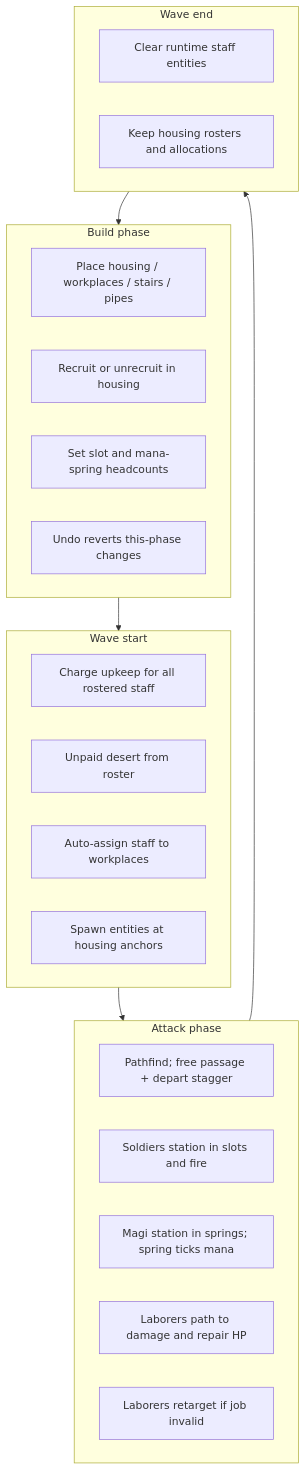
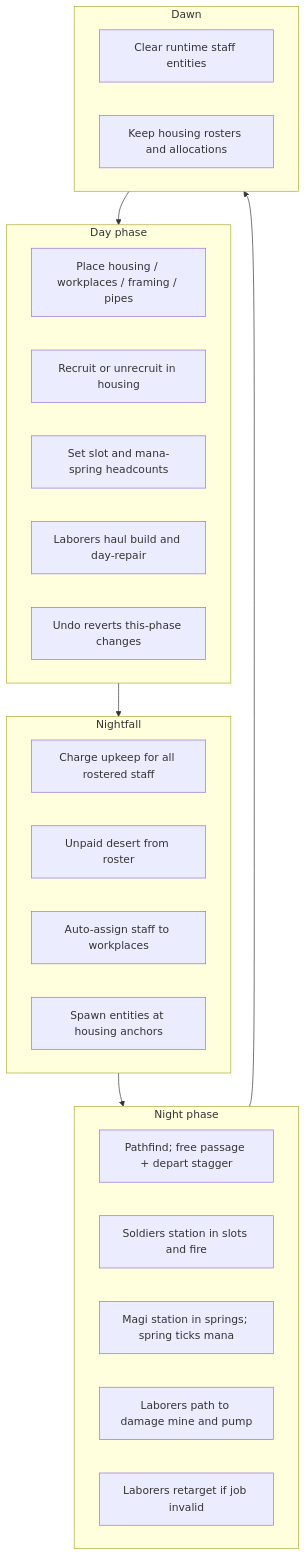
Before and after one commit to katerberg/wizard-tower-builder: the diagram in docs/HOUSING.md, drawn with Mermaid. The commit also changed other lines of this file and 3 other files, not shown here.

First line of the commit message:
Docs: staff move on day and night, not attack-only.

````diff
--- a/docs/HOUSING.md
+++ b/docs/HOUSING.md
@@ -170,27 +170,28 @@
 ```mermaid
 flowchart TB
-  subgraph build [Build phase]
-    Place[Place housing / workplaces / stairs / pipes]
+  subgraph day [Day phase]
+    Place[Place housing / workplaces / framing / pipes]
     Recruit[Recruit or unrecruit in housing]
     Alloc[Set slot and mana-spring headcounts]
+    Haul[Laborers haul build and day-repair]
     Undo[Undo reverts this-phase changes]
   end
-  subgraph waveStart [Wave start]
+  subgraph nightStart [Nightfall]
     Pay[Charge upkeep for all rostered staff]
     Desert[Unpaid desert from roster]
     Assign[Auto-assign staff to workplaces]
     Spawn[Spawn entities at housing anchors]
   end
-  subgraph attack [Attack phase]
+  subgraph night [Night phase]
     Path[Pathfind; free passage + depart stagger]
     Soldiers[Soldiers station in slots and fire]
     Magi[Magi station in springs; spring ticks mana]
-    Labor[Laborers path to damage and repair HP]
+    Labor[Laborers path to damage mine and pump]
     Retarget[Laborers retarget if job invalid]
   end
-  subgraph waveEnd [Wave end]
+  subgraph dawn [Dawn]
     Clear[Clear runtime staff entities]
     Keep[Keep housing rosters and allocations]
   end
-  build --> waveStart --> attack --> waveEnd --> build
+  day --> nightStart --> night --> dawn --> day
 ```
````
